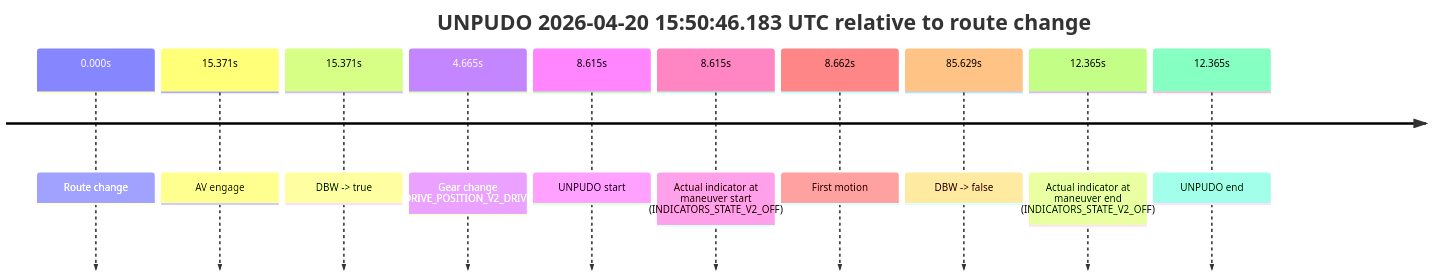
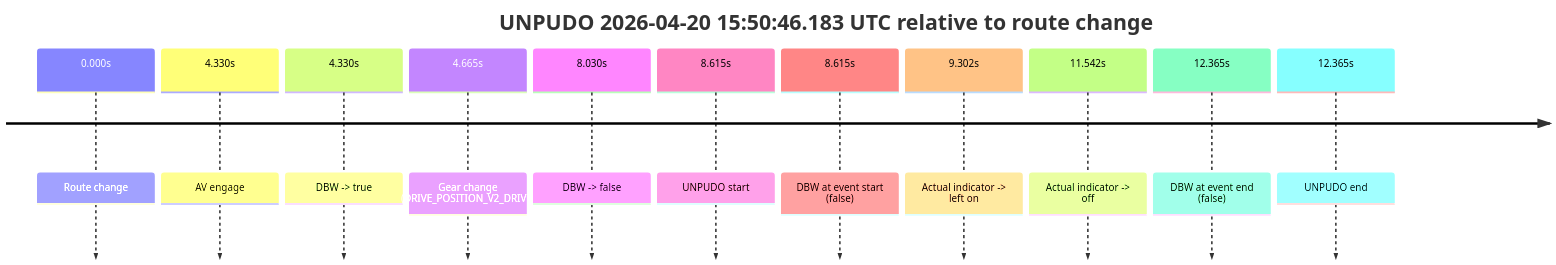
The ninth of 10 diagrams in model_analysis/report_cards/2026/04/Week-4/fme10005--2026-04-20--13-43-30--gen2-av-1cf69e8e-fc53-4334-aca9-89918a4f3427.md (yoelshapiro/vault), drawn with Mermaid before and after one commit. The commit also changed other lines of this file and 85 other files, not shown here.

````diff
--- a/model_analysis/report_cards/2026/04/Week-4/fme10005--2026-04-20--13-43-30--gen2-av-1cf69e8e-fc53-4334-aca9-89918a4f3427.md
+++ b/model_analysis/report_cards/2026/04/Week-4/fme10005--2026-04-20--13-43-30--gen2-av-1cf69e8e-fc53-4334-aca9-89918a4f3427.md
@@ -731,14 +764,15 @@
 ```mermaid
 timeline
     title UNPUDO 2026-04-20 15:50:46.183 UTC relative to route change
     0.000s : Route change
-    15.371s : AV engage
-    15.371s : DBW -> true
+    4.330s : AV engage
+    4.330s : DBW -> true
     4.665s : Gear change (DRIVE_POSITION_V2_DRIVE)
+    8.030s : DBW -> false
     8.615s : UNPUDO start
-    8.615s : Actual indicator at maneuver start (INDICATORS_STATE_V2_OFF)
-    8.662s : First motion
-    85.629s : DBW -> false
-    12.365s : Actual indicator at maneuver end (INDICATORS_STATE_V2_OFF)
+    8.615s : DBW at event start (false)
+    9.302s : Actual indicator -> left on
+    11.542s : Actual indicator -> off
+    12.365s : DBW at event end (false)
     12.365s : UNPUDO end
 ```
````
